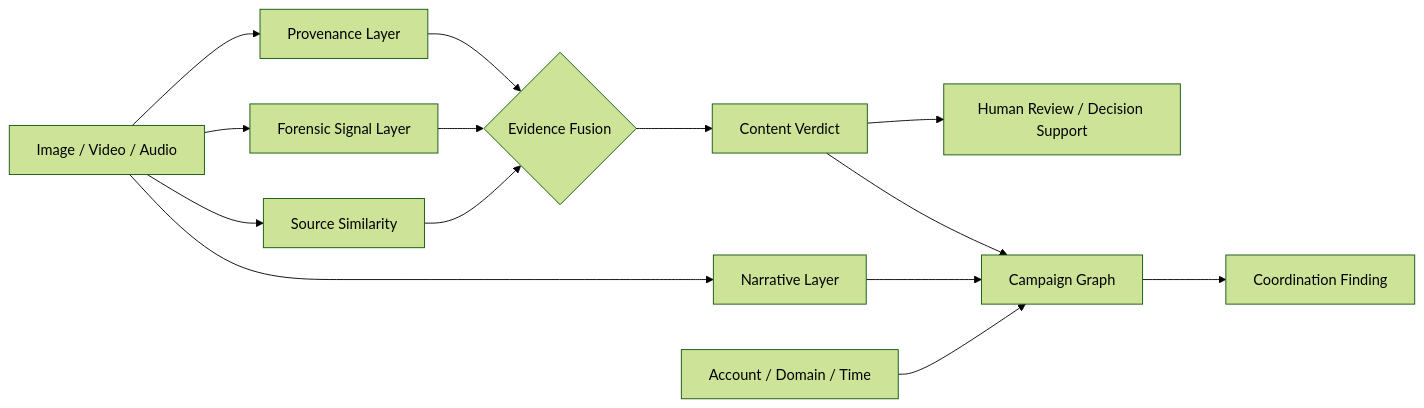
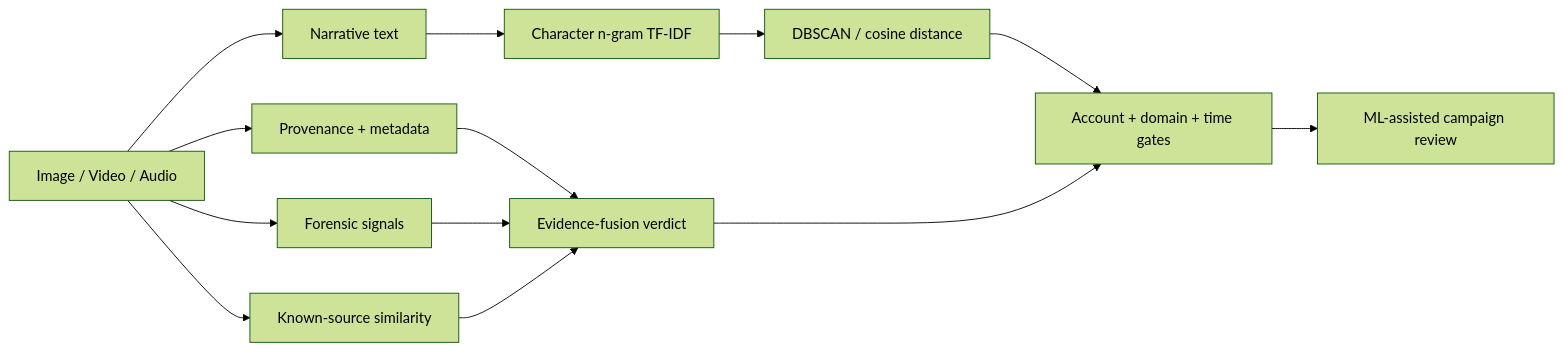
One commit to VinayK88/DeepTrace changed the diagram in README.md. Above: the diagram before and after it, drawn with Mermaid (forest theme). The commit also changed other lines of this file, not shown here.

Commit message:
Update DeepTrace README for ML campaign clustering

````diff
--- a/README.md
+++ b/README.md
@@ -156,20 +32,14 @@
 ```mermaid
 flowchart LR
-    M[Image / Video / Audio] --> P[Provenance Layer]
-    M --> F[Forensic Signal Layer]
-    M --> S[Source Similarity]
-    M --> N[Narrative Layer]
+    M[Image / Video / Audio] --> P[Provenance + metadata]
+    M --> F[Forensic signals]
+    M --> S[Known-source similarity]
+    P & F & S --> E[Evidence-fusion verdict]
 
-    P --> E{Evidence Fusion}
-    F --> E
-    S --> E
-
-    E --> V[Content Verdict]
-    V --> H[Human Review / Decision Support]
-
-    N --> G[Campaign Graph]
-    A[Account / Domain / Time] --> G
-    V --> G
-
-    G --> C[Coordination Finding]
+    M --> N[Narrative text]
+    N --> T[Character n-gram TF-IDF]
+    T --> C[DBSCAN / cosine distance]
+    C --> G[Account + domain + time gates]
+    E --> G
+    G --> Q[ML-assisted campaign review]
 ```
````
